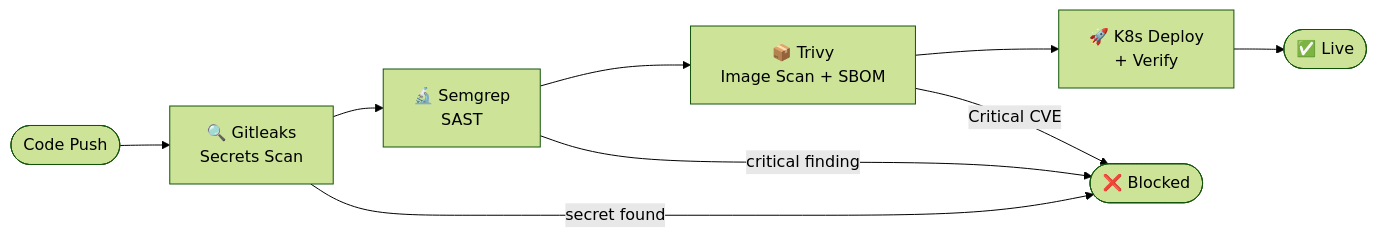
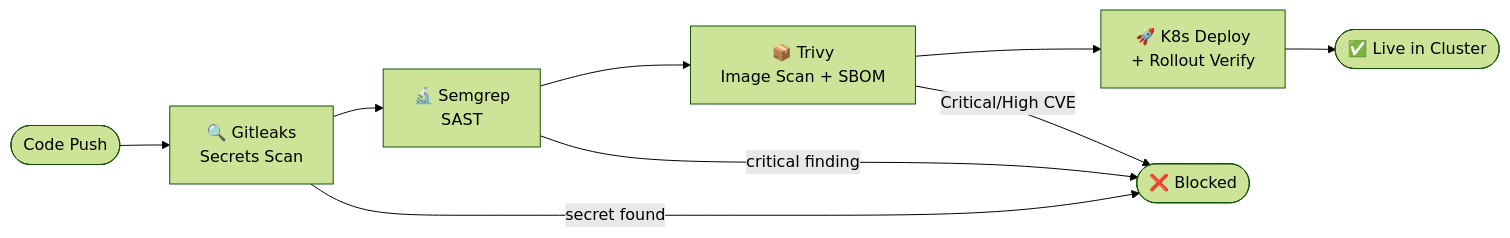
Before and after one commit to TengkuRizal/TengkuRizal: the first of 2 diagrams in README.md, drawn with Mermaid (forest theme). The commit also changed other lines of this file, not shown here.

````diff
--- a/README.md
+++ b/README.md
@@ -11,12 +11,12 @@
 ```mermaid
 flowchart LR
     A([Code Push]) --> B[🔍 Gitleaks\nSecrets Scan]
     B --> C[🔬 Semgrep\nSAST]
     C --> D[📦 Trivy\nImage Scan + SBOM]
-    D --> E[🚀 K8s Deploy\n+ Verify]
-    
+    D --> E[🚀 K8s Deploy\n+ Rollout Verify]
+
     B -->|secret found| F([❌ Blocked])
     C -->|critical finding| F
-    D -->|Critical CVE| F
-    E --> G([✅ Live])
+    D -->|Critical/High CVE| F
+    E --> G([✅ Live in Cluster])
 ```
````
